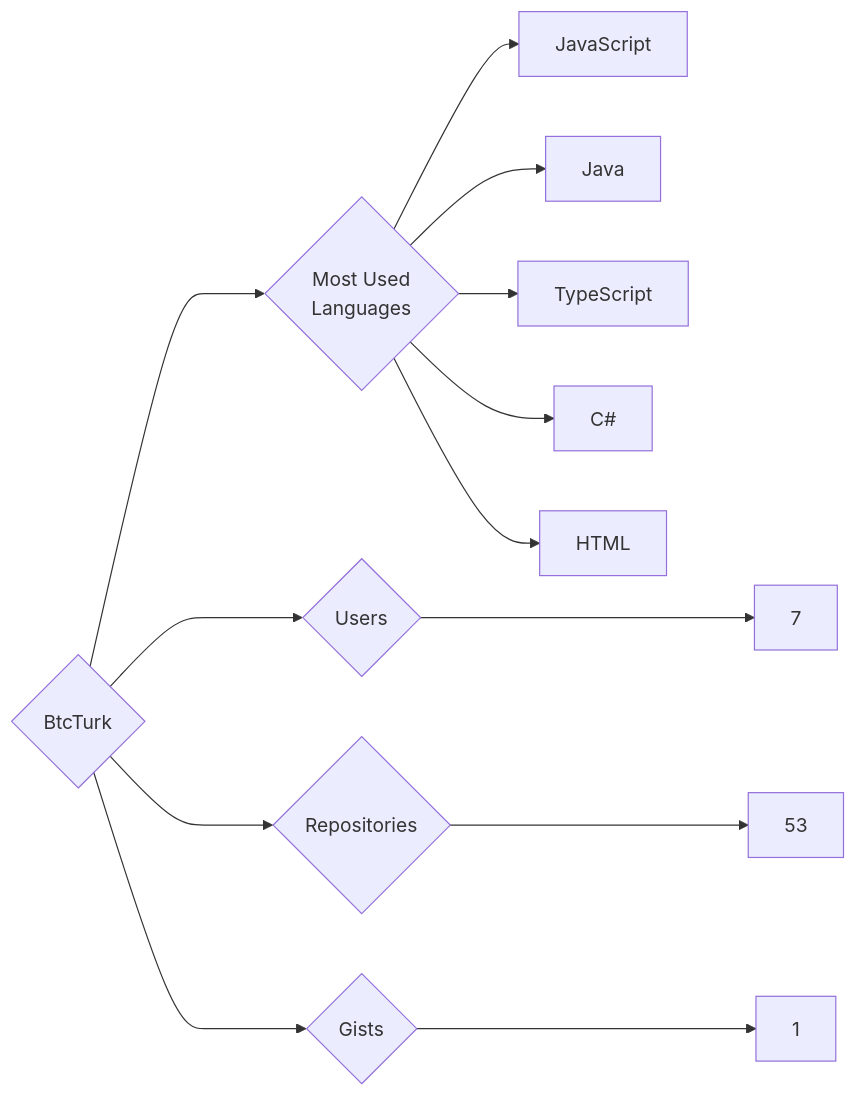
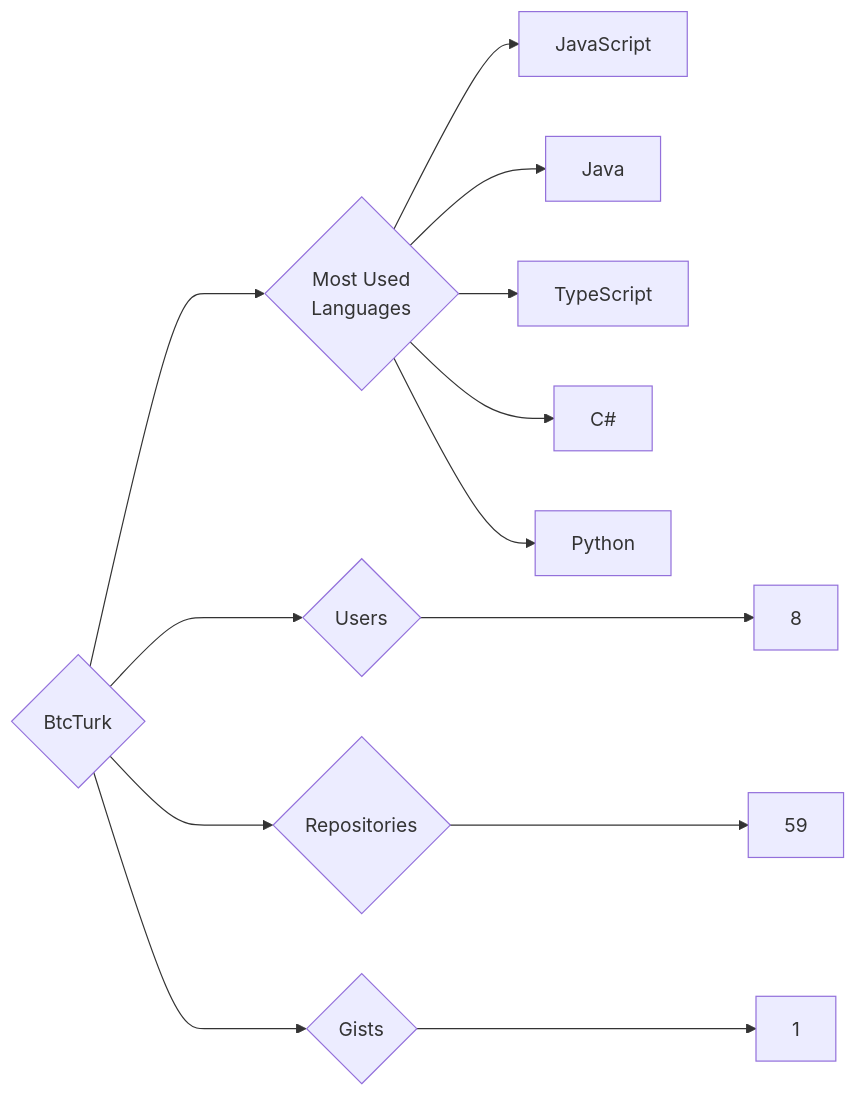
The diagram in targets/BtcTurk/README.md (trickest/insiders), drawn with Mermaid before and after one commit. The commit also changed 1003 other files, not shown here.

````diff
--- a/targets/BtcTurk/README.md
+++ b/targets/BtcTurk/README.md
@@ -3,13 +3,13 @@
 ```mermaid
 graph LR
 COMPANY_NAME{BtcTurk}
-COMPANY_NAME ---> U{Users} ---> UN[7]
-COMPANY_NAME ---> R{Repositories} ---> RN[53]
+COMPANY_NAME ---> U{Users} ---> UN[8]
+COMPANY_NAME ---> R{Repositories} ---> RN[59]
 COMPANY_NAME ---> G{Gists} ---> GN[1]
 COMPANY_NAME ---> ML{Most Used<br>Languages}
 ML --> JavaScript[JavaScript]
 ML --> Java[Java]
 ML --> TypeScript[TypeScript]
 ML --> C#[C#]
-ML --> HTML[HTML]
+ML --> Python[Python]
 ```
````
